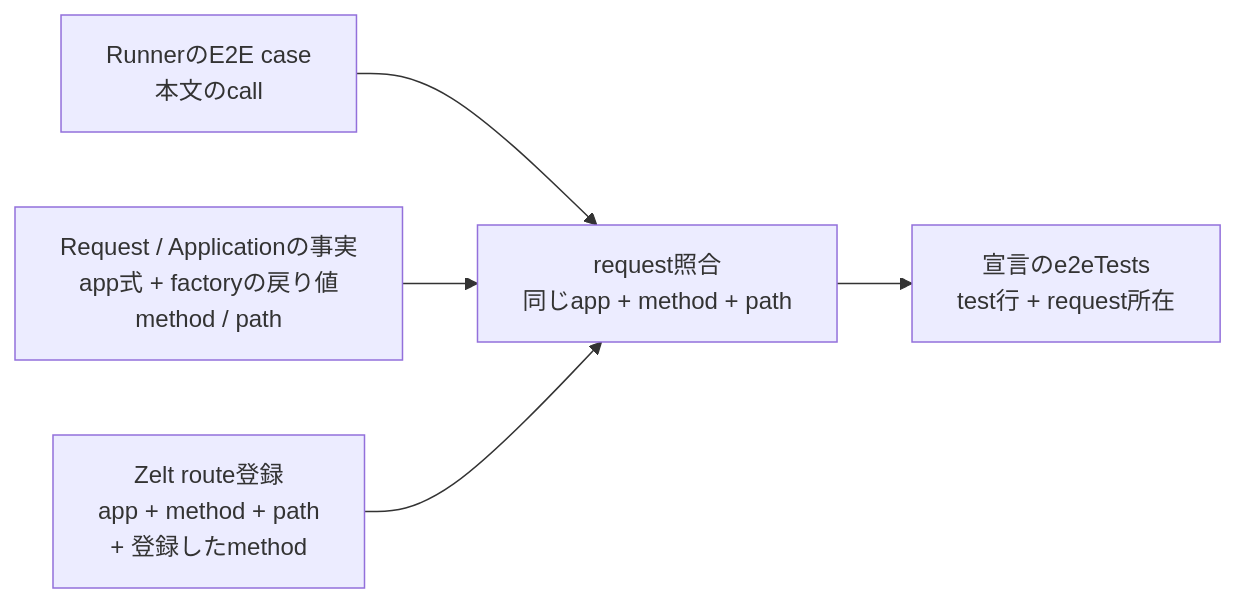
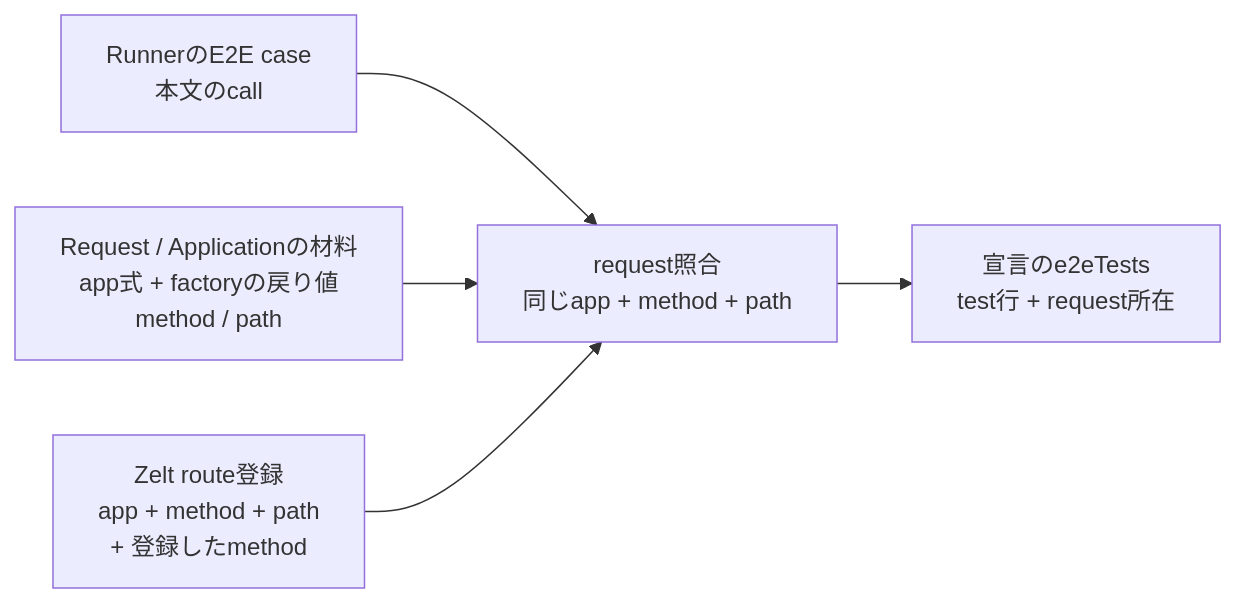
The tenth of 13 diagrams in mocks/studio-spatial/generic-extraction-design.md (zeltjs/zelt), drawn with Mermaid before and after one commit. The commit also changed other lines of this file, not shown here.

First line of the commit message:
[wip] ground studio extraction design in architect-facing policies

```diff
--- a/mocks/studio-spatial/generic-extraction-design.md
+++ b/mocks/studio-spatial/generic-extraction-design.md
@@ -830,7 +1060,7 @@
 ~~~mermaid
 flowchart LR
   C["RunnerのE2E case<br/>本文のcall"] --> M["request照合<br/>同じapp + method + path"]
-  Q["Request / Applicationの事実<br/>app式 + factoryの戻り値<br/>method / path"] --> M
+  Q["Request / Applicationの材料<br/>app式 + factoryの戻り値<br/>method / path"] --> M
   H["Zelt route登録<br/>app + method + path<br/>+ 登録したmethod"] --> M
   M --> E["宣言のe2eTests<br/>test行 + request所在"]
 ~~~
```
